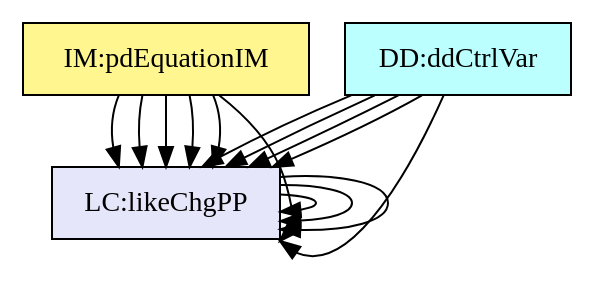
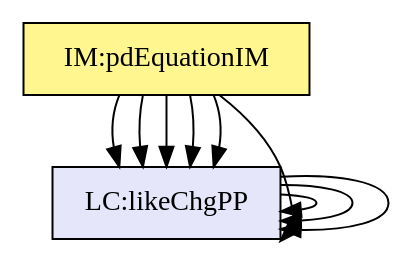
The diagram in code/stable/pdcontroller/TraceyGraph/avsall.dot (JacquesCarette/Drasil), drawn with Graphviz before and after one commit. The commit also changed 88 other files, not shown here.

Commit message:
Stabilizing to figure out where things are going awry

```diff
--- a/code/stable/pdcontroller/TraceyGraph/avsall.dot
+++ b/code/stable/pdcontroller/TraceyGraph/avsall.dot
@@ -1,89 +1,59 @@
 digraph avsall {
-	dataDefn:dqdProcessErrorFD -> instance:setPointConstant;
-	dataDefn:dqdProcessErrorFD -> instance:initialValue;
-	dataDefn:dqdDerivativeControlFD -> instance:unfilteredDerivative;
-	dataDefn:dqdCtrlVarFD -> instance:decoupled;
-	dataDefn:dqdCtrlVarFD -> instance:parallelEq;
 	theory:tmSOSystemRC -> instance:pwrPlantTxFnx;
 	theory:gdPowerPlantRC -> instance:externalDisturb;
 	theory:gdPowerPlantRC -> instance:massSpring;
 	theory:gdPowerPlantRC -> instance:dampingCoeffSpring;
 	theory:gdPowerPlantRC -> instance:stiffnessCoeffSpring;
 	theory:imPDRC -> instance:setPointConstant;
 	instance:likeChgPP -> instance:massSpring;
 	instance:likeChgPP -> instance:dampingCoeffSpring;
 	instance:likeChgPP -> instance:stiffnessCoeffSpring;
 
 
 	instance:pwrPlant	[shape=box, color=black, style=filled, fillcolor=mistyrose, label="A:pwrPlant"];
 	instance:decoupled	[shape=box, color=black, style=filled, fillcolor=mistyrose, label="A:decoupled"];
 	instance:setPointConstant	[shape=box, color=black, style=filled, fillcolor=mistyrose, label="A:setPointConstant"];
 	instance:externalDisturb	[shape=box, color=black, style=filled, fillcolor=mistyrose, label="A:externalDisturb"];
 	instance:initialValue	[shape=box, color=black, style=filled, fillcolor=mistyrose, label="A:initialValue"];
 	instance:parallelEq	[shape=box, color=black, style=filled, fillcolor=mistyrose, label="A:parallelEq"];
 	instance:unfilteredDerivative	[shape=box, color=black, style=filled, fillcolor=mistyrose, label="A:unfilteredDerivative"];
 	instance:pwrPlantTxFnx	[shape=box, color=black, style=filled, fillcolor=mistyrose, label="A:pwrPlantTxFnx"];
 	instance:massSpring	[shape=box, color=black, style=filled, fillcolor=mistyrose, label="A:massSpring"];
 	instance:dampingCoeffSpring	[shape=box, color=black, style=filled, fillcolor=mistyrose, label="A:dampingCoeffSpring"];
 	instance:stiffnessCoeffSpring	[shape=box, color=black, style=filled, fillcolor=mistyrose, label="A:stiffnessCoeffSpring"];
 
 	subgraph A {
 	rank="same"
 	{instance:pwrPlant, instance:decoupled, instance:setPointConstant, instance:externalDisturb, instance:initialValue, instance:parallelEq, instance:unfilteredDerivative, instance:pwrPlantTxFnx, instance:massSpring, instance:dampingCoeffSpring, instance:stiffnessCoeffSpring}
 	}
 
-	dataDefn:dqdProcessErrorFD	[shape=box, color=black, style=filled, fillcolor=paleturquoise1, label="DD:ddProcessError"];
-	dataDefn:dqdPropControlFD	[shape=box, color=black, style=filled, fillcolor=paleturquoise1, label="DD:ddPropCtrl"];
-	dataDefn:dqdDerivativeControlFD	[shape=box, color=black, style=filled, fillcolor=paleturquoise1, label="DD:ddDerivCtrl"];
-	dataDefn:dqdCtrlVarFD	[shape=box, color=black, style=filled, fillcolor=paleturquoise1, label="DD:ddCtrlVar"];
-
-	subgraph DD {
-	rank="same"
-	{dataDefn:dqdProcessErrorFD, dataDefn:dqdPropControlFD, dataDefn:dqdDerivativeControlFD, dataDefn:dqdCtrlVarFD}
-	}
-
 	theory:laplaceRC	[shape=box, color=black, style=filled, fillcolor=pink, label="TM:laplaceTransform"];
 	theory:invLaplaceRC	[shape=box, color=black, style=filled, fillcolor=pink, label="TM:invLaplaceTransform"];
 	theory:tmSOSystemRC	[shape=box, color=black, style=filled, fillcolor=pink, label="TM:tmSOSystem"];
-
-	subgraph TM {
-	rank="same"
-	{theory:laplaceRC, theory:invLaplaceRC, theory:tmSOSystemRC}
-	}
-
 	theory:gdPowerPlantRC	[shape=box, color=black, style=filled, fillcolor=palegreen, label="GD:gdPowerPlant"];
-
-	subgraph GD {
-	rank="same"
-	{theory:gdPowerPlantRC}
-	}
-
 	theory:imPDRC	[shape=box, color=black, style=filled, fillcolor=khaki1, label="IM:pdEquationIM"];
-
-	subgraph IM {
-	rank="same"
-	{theory:imPDRC}
-	}
-
-	instance:inputValues	[shape=box, color=black, style=filled, fillcolor=ivory, label="FR:inputValues"];
 	instance:verifyInputs	[shape=box, color=black, style=filled, fillcolor=ivory, label="FR:verifyInputs"];
 	instance:calculateValues	[shape=box, color=black, style=filled, fillcolor=ivory, label="FR:calculateValues"];
 	instance:outputValues	[shape=box, color=black, style=filled, fillcolor=ivory, label="FR:outputValues"];
 	instance:portable	[shape=box, color=black, style=filled, fillcolor=ivory, label="NFR:portable"];
 	instance:security	[shape=box, color=black, style=filled, fillcolor=ivory, label="NFR:security"];
 	instance:maintainability	[shape=box, color=black, style=filled, fillcolor=ivory, label="NFR:maintainability"];
 	instance:verifiability	[shape=box, color=black, style=filled, fillcolor=ivory, label="NFR:verifiability"];
+	instance:inputValues	[shape=box, color=black, style=filled, fillcolor=ivory, label="FR:inputValues"];
+	instance:verifyInputs	[shape=box, color=black, style=filled, fillcolor=ivory, label="FR:verifyInputs"];
+	instance:calculateValues	[shape=box, color=black, style=filled, fillcolor=ivory, label="FR:calculateValues"];
+	instance:outputValues	[shape=box, color=black, style=filled, fillcolor=ivory, label="FR:outputValues"];
 
 	subgraph FR {
 	rank="same"
-	{instance:inputValues, instance:verifyInputs, instance:calculateValues, instance:outputValues, instance:portable, instance:security, instance:maintainability, instance:verifiability}
+	{instance:verifyInputs, instance:calculateValues, instance:outputValues, instance:portable, instance:security, instance:maintainability, instance:verifiability, instance:inputValues, instance:verifyInputs, instance:calculateValues, instance:outputValues}
 	}
 
 	instance:likeChgPP	[shape=box, color=black, style=filled, fillcolor=lavender, label="LC:likeChgPP"];
 
 	subgraph LC {
 	rank="same"
 	{instance:likeChgPP}
 	}
 
 }
```
